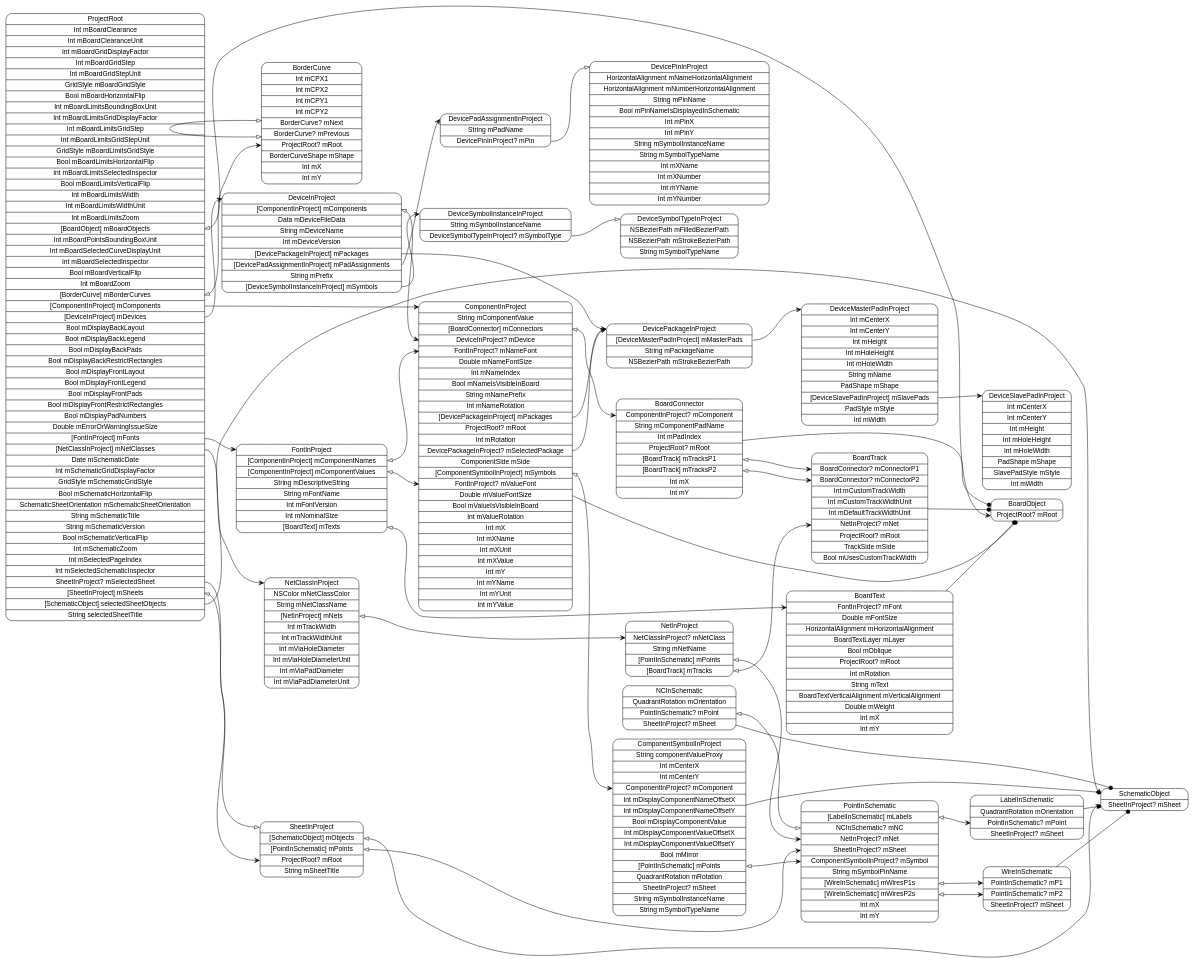
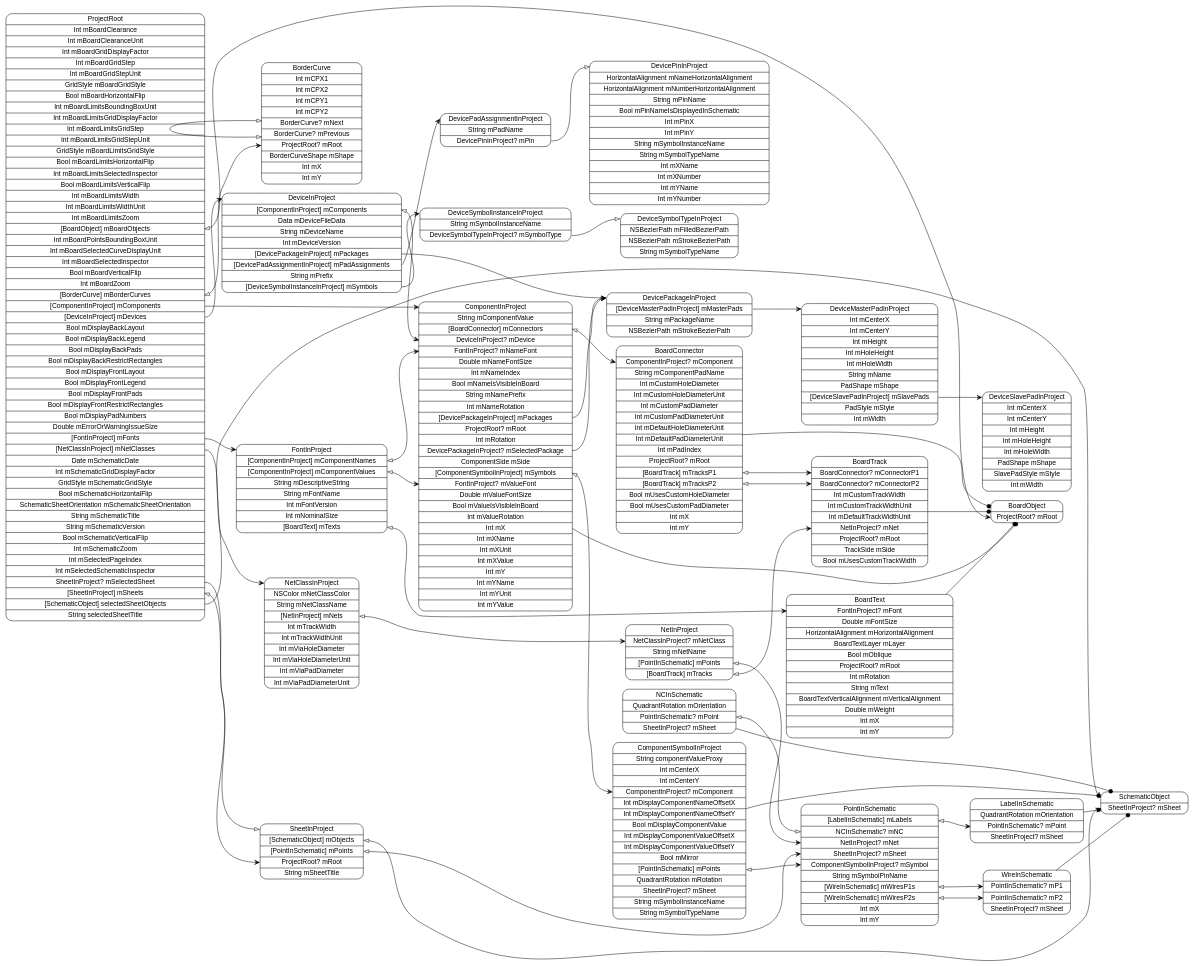
Before and after one commit to pierremolinaro/ElCanari-dev: the diagram in models/ProjectRoot.dot, drawn with Graphviz. The commit also changed 33 other files, not shown here.

```diff
--- a/models/ProjectRoot.dot
+++ b/models/ProjectRoot.dot
@@ -1,74 +1,74 @@
 digraph G {
   rankdir=LR ;
   node [shape=record fontname=helvetica style=rounded] ;
   ProjectRoot[label="<ProjectRoot>ProjectRoot|Int mBoardClearance|Int mBoardClearanceUnit|Int mBoardGridDisplayFactor|Int mBoardGridStep|Int mBoardGridStepUnit|GridStyle mBoardGridStyle|Bool mBoardHorizontalFlip|Int mBoardLimitsBoundingBoxUnit|Int mBoardLimitsGridDisplayFactor|Int mBoardLimitsGridStep|Int mBoardLimitsGridStepUnit|GridStyle mBoardLimitsGridStyle|Bool mBoardLimitsHorizontalFlip|Int mBoardLimitsSelectedInspector|Bool mBoardLimitsVerticalFlip|Int mBoardLimitsWidth|Int mBoardLimitsWidthUnit|Int mBoardLimitsZoom|<mBoardObjects>[BoardObject] mBoardObjects|Int mBoardPointsBoundingBoxUnit|Int mBoardSelectedCurveDisplayUnit|Int mBoardSelectedInspector|Bool mBoardVerticalFlip|Int mBoardZoom|<mBorderCurves>[BorderCurve] mBorderCurves|<mComponents>[ComponentInProject] mComponents|<mDevices>[DeviceInProject] mDevices|Bool mDisplayBackLayout|Bool mDisplayBackLegend|Bool mDisplayBackPads|Bool mDisplayBackRestrictRectangles|Bool mDisplayFrontLayout|Bool mDisplayFrontLegend|Bool mDisplayFrontPads|Bool mDisplayFrontRestrictRectangles|Bool mDisplayPadNumbers|Double mErrorOrWarningIssueSize|<mFonts>[FontInProject] mFonts|<mNetClasses>[NetClassInProject] mNetClasses|Date mSchematicDate|Int mSchematicGridDisplayFactor|GridStyle mSchematicGridStyle|Bool mSchematicHorizontalFlip|SchematicSheetOrientation mSchematicSheetOrientation|String mSchematicTitle|String mSchematicVersion|Bool mSchematicVerticalFlip|Int mSchematicZoom|Int mSelectedPageIndex|Int mSelectedSchematicInspector|<mSelectedSheet>SheetInProject? mSelectedSheet|<mSheets>[SheetInProject] mSheets|<selectedSheetObjects>[SchematicObject] selectedSheetObjects|String selectedSheetTitle"] ;
   SchematicObject[label="<SchematicObject>SchematicObject|<mSheet>SheetInProject? mSheet"] ;
   SheetInProject[label="<SheetInProject>SheetInProject|<mObjects>[SchematicObject] mObjects|<mPoints>[PointInSchematic] mPoints|<mRoot>ProjectRoot? mRoot|String mSheetTitle"] ;
   PointInSchematic[label="<PointInSchematic>PointInSchematic|<mLabels>[LabelInSchematic] mLabels|<mNC>NCInSchematic? mNC|<mNet>NetInProject? mNet|<mSheet>SheetInProject? mSheet|<mSymbol>ComponentSymbolInProject? mSymbol|String mSymbolPinName|<mWiresP1s>[WireInSchematic] mWiresP1s|<mWiresP2s>[WireInSchematic] mWiresP2s|Int mX|Int mY"] ;
   WireInSchematic[label="<WireInSchematic>WireInSchematic|<mP1>PointInSchematic? mP1|<mP2>PointInSchematic? mP2|<mSheet>SheetInProject? mSheet"] ;
   NCInSchematic[label="<NCInSchematic>NCInSchematic|QuadrantRotation mOrientation|<mPoint>PointInSchematic? mPoint|<mSheet>SheetInProject? mSheet"] ;
   LabelInSchematic[label="<LabelInSchematic>LabelInSchematic|QuadrantRotation mOrientation|<mPoint>PointInSchematic? mPoint|<mSheet>SheetInProject? mSheet"] ;
   NetClassInProject[label="<NetClassInProject>NetClassInProject|NSColor mNetClassColor|String mNetClassName|<mNets>[NetInProject] mNets|Int mTrackWidth|Int mTrackWidthUnit|Int mViaHoleDiameter|Int mViaHoleDiameterUnit|Int mViaPadDiameter|Int mViaPadDiameterUnit"] ;
   NetInProject[label="<NetInProject>NetInProject|<mNetClass>NetClassInProject? mNetClass|String mNetName|<mPoints>[PointInSchematic] mPoints|<mTracks>[BoardTrack] mTracks"] ;
   BoardTrack[label="<BoardTrack>BoardTrack|<mConnectorP1>BoardConnector? mConnectorP1|<mConnectorP2>BoardConnector? mConnectorP2|Int mCustomTrackWidth|Int mCustomTrackWidthUnit|Int mDefaultTrackWidthUnit|<mNet>NetInProject? mNet|<mRoot>ProjectRoot? mRoot|TrackSide mSide|Bool mUsesCustomTrackWidth"] ;
   FontInProject[label="<FontInProject>FontInProject|<mComponentNames>[ComponentInProject] mComponentNames|<mComponentValues>[ComponentInProject] mComponentValues|String mDescriptiveString|String mFontName|Int mFontVersion|Int mNominalSize|<mTexts>[BoardText] mTexts"] ;
   BoardText[label="<BoardText>BoardText|<mFont>FontInProject? mFont|Double mFontSize|HorizontalAlignment mHorizontalAlignment|BoardTextLayer mLayer|Bool mOblique|<mRoot>ProjectRoot? mRoot|Int mRotation|String mText|BoardTextVerticalAlignment mVerticalAlignment|Double mWeight|Int mX|Int mY"] ;
   DeviceInProject[label="<DeviceInProject>DeviceInProject|<mComponents>[ComponentInProject] mComponents|Data mDeviceFileData|String mDeviceName|Int mDeviceVersion|<mPackages>[DevicePackageInProject] mPackages|<mPadAssignments>[DevicePadAssignmentInProject] mPadAssignments|String mPrefix|<mSymbols>[DeviceSymbolInstanceInProject] mSymbols"] ;
   DeviceSymbolInstanceInProject[label="<DeviceSymbolInstanceInProject>DeviceSymbolInstanceInProject|String mSymbolInstanceName|<mSymbolType>DeviceSymbolTypeInProject? mSymbolType"] ;
   DeviceSymbolTypeInProject[label="<DeviceSymbolTypeInProject>DeviceSymbolTypeInProject|NSBezierPath mFilledBezierPath|NSBezierPath mStrokeBezierPath|String mSymbolTypeName"] ;
   DevicePadAssignmentInProject[label="<DevicePadAssignmentInProject>DevicePadAssignmentInProject|String mPadName|<mPin>DevicePinInProject? mPin"] ;
   DevicePinInProject[label="<DevicePinInProject>DevicePinInProject|HorizontalAlignment mNameHorizontalAlignment|HorizontalAlignment mNumberHorizontalAlignment|String mPinName|Bool mPinNameIsDisplayedInSchematic|Int mPinX|Int mPinY|String mSymbolInstanceName|String mSymbolTypeName|Int mXName|Int mXNumber|Int mYName|Int mYNumber"] ;
   DevicePackageInProject[label="<DevicePackageInProject>DevicePackageInProject|<mMasterPads>[DeviceMasterPadInProject] mMasterPads|String mPackageName|NSBezierPath mStrokeBezierPath"] ;
   DeviceMasterPadInProject[label="<DeviceMasterPadInProject>DeviceMasterPadInProject|Int mCenterX|Int mCenterY|Int mHeight|Int mHoleHeight|Int mHoleWidth|String mName|PadShape mShape|<mSlavePads>[DeviceSlavePadInProject] mSlavePads|PadStyle mStyle|Int mWidth"] ;
   DeviceSlavePadInProject[label="<DeviceSlavePadInProject>DeviceSlavePadInProject|Int mCenterX|Int mCenterY|Int mHeight|Int mHoleHeight|Int mHoleWidth|PadShape mShape|SlavePadStyle mStyle|Int mWidth"] ;
   ComponentInProject[label="<ComponentInProject>ComponentInProject|String mComponentValue|<mConnectors>[BoardConnector] mConnectors|<mDevice>DeviceInProject? mDevice|<mNameFont>FontInProject? mNameFont|Double mNameFontSize|Int mNameIndex|Bool mNameIsVisibleInBoard|String mNamePrefix|Int mNameRotation|<mPackages>[DevicePackageInProject] mPackages|<mRoot>ProjectRoot? mRoot|Int mRotation|<mSelectedPackage>DevicePackageInProject? mSelectedPackage|ComponentSide mSide|<mSymbols>[ComponentSymbolInProject] mSymbols|<mValueFont>FontInProject? mValueFont|Double mValueFontSize|Bool mValueIsVisibleInBoard|Int mValueRotation|Int mX|Int mXName|Int mXUnit|Int mXValue|Int mY|Int mYName|Int mYUnit|Int mYValue"] ;
   ComponentSymbolInProject[label="<ComponentSymbolInProject>ComponentSymbolInProject|String componentValueProxy|Int mCenterX|Int mCenterY|<mComponent>ComponentInProject? mComponent|Int mDisplayComponentNameOffsetX|Int mDisplayComponentNameOffsetY|Bool mDisplayComponentValue|Int mDisplayComponentValueOffsetX|Int mDisplayComponentValueOffsetY|Bool mMirror|<mPoints>[PointInSchematic] mPoints|QuadrantRotation mRotation|<mSheet>SheetInProject? mSheet|String mSymbolInstanceName|String mSymbolTypeName"] ;
-  BoardConnector[label="<BoardConnector>BoardConnector|<mComponent>ComponentInProject? mComponent|String mComponentPadName|Int mPadIndex|<mRoot>ProjectRoot? mRoot|<mTracksP1>[BoardTrack] mTracksP1|<mTracksP2>[BoardTrack] mTracksP2|Int mX|Int mY"] ;
+  BoardConnector[label="<BoardConnector>BoardConnector|<mComponent>ComponentInProject? mComponent|String mComponentPadName|Int mCustomHoleDiameter|Int mCustomHoleDiameterUnit|Int mCustomPadDiameter|Int mCustomPadDiameterUnit|Int mDefaultHoleDiameterUnit|Int mDefaultPadDiameterUnit|Int mPadIndex|<mRoot>ProjectRoot? mRoot|<mTracksP1>[BoardTrack] mTracksP1|<mTracksP2>[BoardTrack] mTracksP2|Bool mUsesCustomHoleDiameter|Bool mUsesCustomPadDiameter|Int mX|Int mY"] ;
   BorderCurve[label="<BorderCurve>BorderCurve|Int mCPX1|Int mCPX2|Int mCPY1|Int mCPY2|<mNext>BorderCurve? mNext|<mPrevious>BorderCurve? mPrevious|<mRoot>ProjectRoot? mRoot|BorderCurveShape mShape|Int mX|Int mY"] ;
   BoardObject[label="<BoardObject>BoardObject|<mRoot>ProjectRoot? mRoot"] ;
   ProjectRoot:mBoardObjects -> BoardObject:mRoot [dir=both arrowtail=onormal arrowhead=vee] ;
   ProjectRoot:mBorderCurves -> BorderCurve:mRoot [dir=both arrowtail=onormal arrowhead=vee] ;
   ProjectRoot:mComponents -> ComponentInProject:ComponentInProject [dir=both arrowtail=none arrowhead=vee] ;
   ProjectRoot:mDevices -> DeviceInProject:DeviceInProject [dir=both arrowtail=none arrowhead=vee] ;
   ProjectRoot:mFonts -> FontInProject:FontInProject [dir=both arrowtail=none arrowhead=vee] ;
   ProjectRoot:mNetClasses -> NetClassInProject:NetClassInProject [dir=both arrowtail=none arrowhead=vee] ;
   ProjectRoot:mSelectedSheet -> SheetInProject:SheetInProject [dir=both arrowtail=none arrowhead=onormal] ;
   ProjectRoot:mSheets -> SheetInProject:mRoot [dir=both arrowtail=onormal arrowhead=vee] ;
   ProjectRoot:selectedSheetObjects -> SchematicObject:SchematicObject [dir=both arrowtail=none arrowhead=vee] ;
   SheetInProject:mObjects -> SchematicObject:mSheet [dir=both arrowtail=onormal arrowhead=vee] ;
   SheetInProject:mPoints -> PointInSchematic:mSheet [dir=both arrowtail=onormal arrowhead=vee] ;
   PointInSchematic:mLabels -> LabelInSchematic:mPoint [dir=both arrowtail=onormal arrowhead=vee] ;
   PointInSchematic:mWiresP1s -> WireInSchematic:mP1 [dir=both arrowtail=onormal arrowhead=vee] ;
   PointInSchematic:mWiresP2s -> WireInSchematic:mP2 [dir=both arrowtail=onormal arrowhead=vee] ;
   WireInSchematic -> SchematicObject [arrowhead=dot] ;
   NCInSchematic -> SchematicObject [arrowhead=dot] ;
   NCInSchematic:mPoint -> PointInSchematic:mNC [dir=both arrowtail=onormal arrowhead=onormal] ;
   LabelInSchematic -> SchematicObject [arrowhead=dot] ;
   NetClassInProject:mNets -> NetInProject:mNetClass [dir=both arrowtail=onormal arrowhead=vee] ;
   NetInProject:mPoints -> PointInSchematic:mNet [dir=both arrowtail=onormal arrowhead=vee] ;
   NetInProject:mTracks -> BoardTrack:mNet [dir=both arrowtail=onormal arrowhead=vee] ;
   BoardTrack -> BoardObject [arrowhead=dot] ;
   FontInProject:mComponentNames -> ComponentInProject:mNameFont [dir=both arrowtail=onormal arrowhead=vee] ;
   FontInProject:mComponentValues -> ComponentInProject:mValueFont [dir=both arrowtail=onormal arrowhead=vee] ;
   FontInProject:mTexts -> BoardText:mFont [dir=both arrowtail=onormal arrowhead=vee] ;
   BoardText -> BoardObject [arrowhead=dot] ;
   DeviceInProject:mComponents -> ComponentInProject:mDevice [dir=both arrowtail=onormal arrowhead=vee] ;
   DeviceInProject:mPackages -> DevicePackageInProject:DevicePackageInProject [dir=both arrowtail=none arrowhead=vee] ;
   DeviceInProject:mPadAssignments -> DevicePadAssignmentInProject:DevicePadAssignmentInProject [dir=both arrowtail=none arrowhead=vee] ;
   DeviceInProject:mSymbols -> DeviceSymbolInstanceInProject:DeviceSymbolInstanceInProject [dir=both arrowtail=none arrowhead=vee] ;
   DeviceSymbolInstanceInProject:mSymbolType -> DeviceSymbolTypeInProject:DeviceSymbolTypeInProject [dir=both arrowtail=none arrowhead=onormal] ;
   DevicePadAssignmentInProject:mPin -> DevicePinInProject:DevicePinInProject [dir=both arrowtail=none arrowhead=onormal] ;
   DevicePackageInProject:mMasterPads -> DeviceMasterPadInProject:DeviceMasterPadInProject [dir=both arrowtail=none arrowhead=vee] ;
   DeviceMasterPadInProject:mSlavePads -> DeviceSlavePadInProject:DeviceSlavePadInProject [dir=both arrowtail=none arrowhead=vee] ;
   ComponentInProject -> BoardObject [arrowhead=dot] ;
   ComponentInProject:mConnectors -> BoardConnector:mComponent [dir=both arrowtail=onormal arrowhead=vee] ;
   ComponentInProject:mPackages -> DevicePackageInProject:DevicePackageInProject [dir=both arrowtail=none arrowhead=vee] ;
   ComponentInProject:mSelectedPackage -> DevicePackageInProject:DevicePackageInProject [dir=both arrowtail=none arrowhead=onormal] ;
   ComponentInProject:mSymbols -> ComponentSymbolInProject:mComponent [dir=both arrowtail=onormal arrowhead=vee] ;
   ComponentSymbolInProject -> SchematicObject [arrowhead=dot] ;
   ComponentSymbolInProject:mPoints -> PointInSchematic:mSymbol [dir=both arrowtail=onormal arrowhead=vee] ;
   BoardConnector -> BoardObject [arrowhead=dot] ;
   BoardConnector:mTracksP1 -> BoardTrack:mConnectorP1 [dir=both arrowtail=onormal arrowhead=vee] ;
   BoardConnector:mTracksP2 -> BoardTrack:mConnectorP2 [dir=both arrowtail=onormal arrowhead=vee] ;
   BorderCurve:mPrevious -> BorderCurve:mNext [dir=both arrowtail=onormal arrowhead=onormal] ;
 }
```
